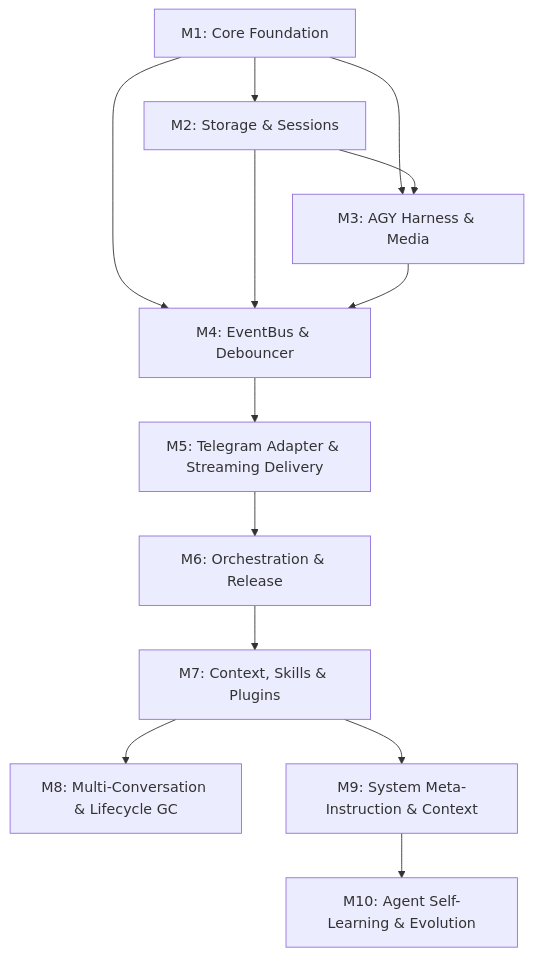
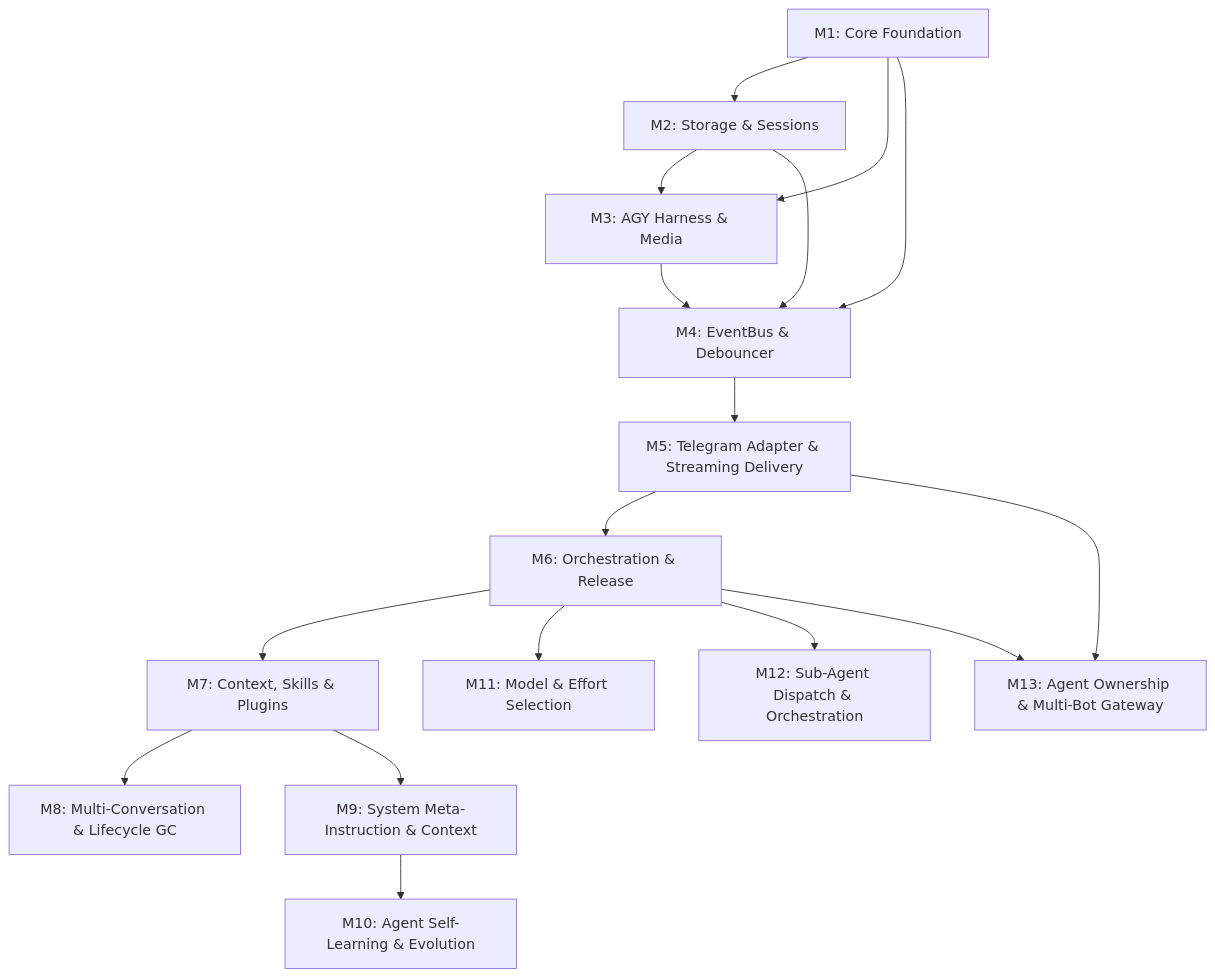
Before and after one commit to khanhbkqt/agyent: the diagram in docs/plans/master_roadmap.md, drawn with Mermaid. The commit also changed other lines of this file, not shown here.

Commit message:
docs(roadmap): update master roadmap marking Milestone 12 as completed

````diff
--- a/docs/plans/master_roadmap.md
+++ b/docs/plans/master_roadmap.md
@@ -46,15 +47,19 @@
 ```mermaid
 graph TD
     M1[M1: Core Foundation] --> M2[M2: Storage & Sessions]
     M1 --> M3[M3: AGY Harness & Media]
     M2 --> M3
     M1 --> M4[M4: EventBus & Debouncer]
     M2 --> M4
     M3 --> M4
     M4 --> M5[M5: Telegram Adapter & Streaming Delivery]
     M5 --> M6[M6: Orchestration & Release]
     M6 --> M7[M7: Context, Skills & Plugins]
     M7 --> M8[M8: Multi-Conversation & Lifecycle GC]
     M7 --> M9[M9: System Meta-Instruction & Context]
     M9 --> M10[M10: Agent Self-Learning & Evolution]
+    M6 --> M11[M11: Model & Effort Selection]
+    M6 --> M12[M12: Sub-Agent Dispatch & Orchestration]
+    M5 --> M13[M13: Agent Ownership & Multi-Bot Gateway]
+    M6 --> M13
 ```
````
